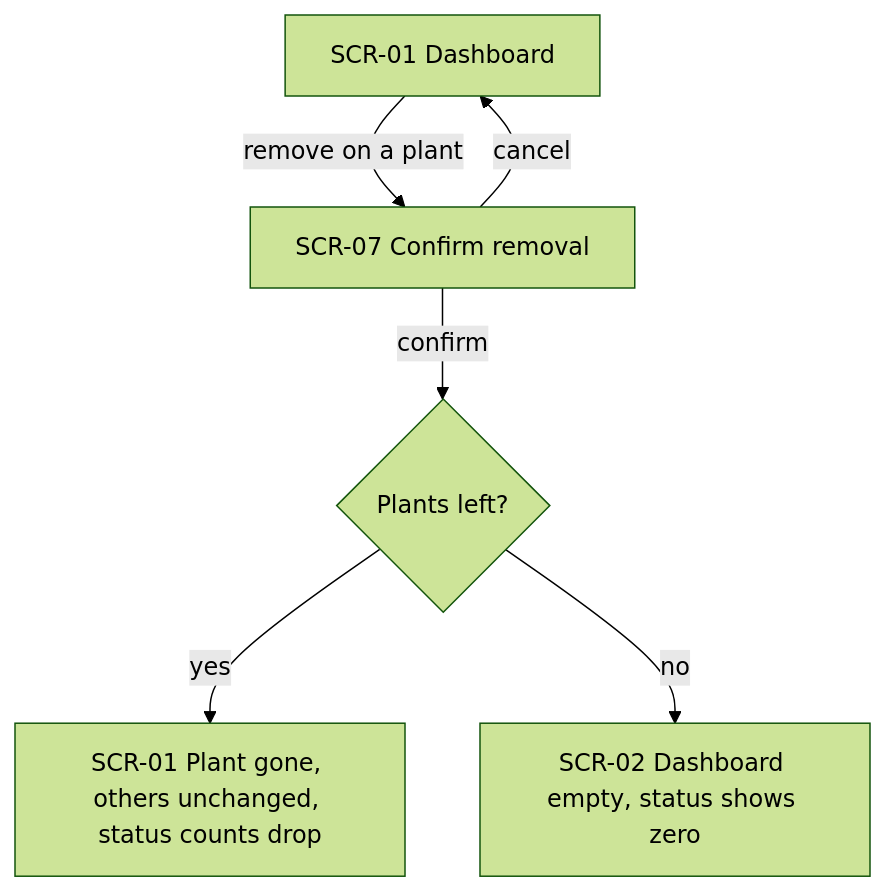
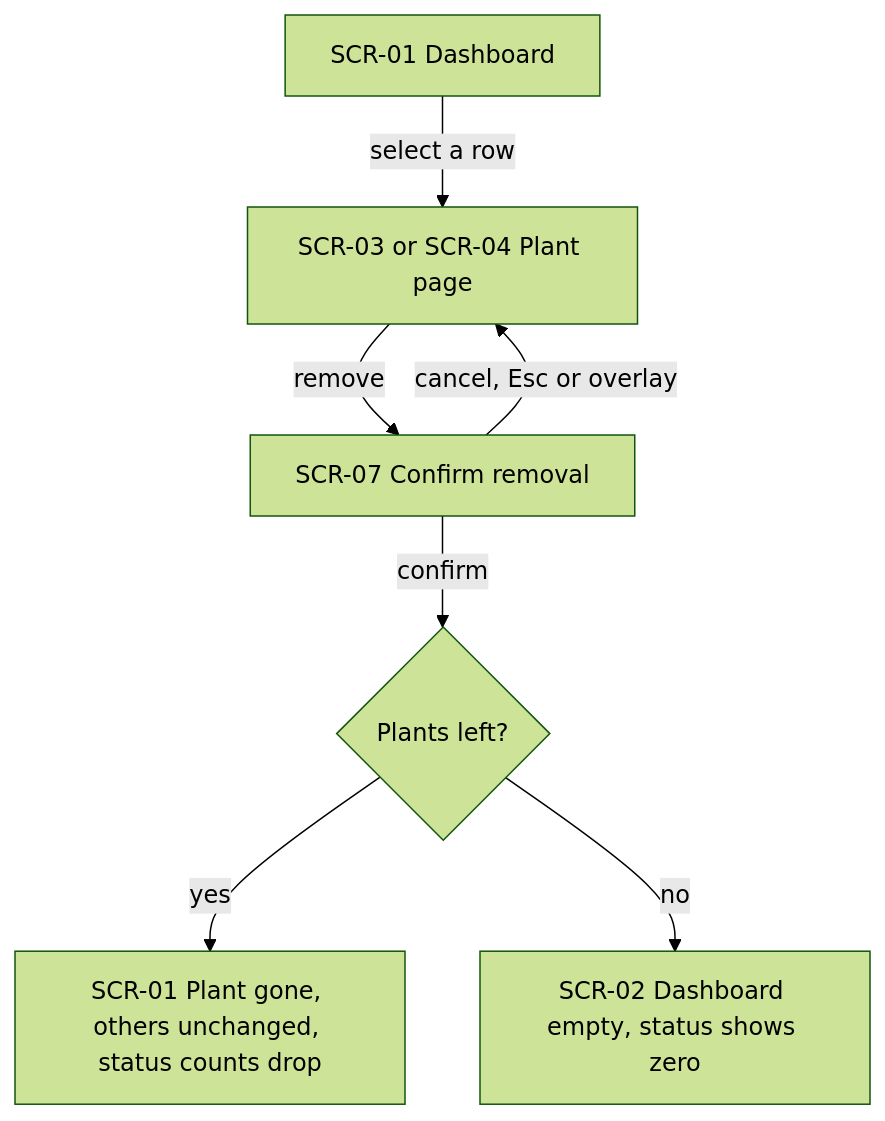
One commit to orkdrnke/Planted-AI changed the sixth of 6 diagrams in docs/features/ux-improve/ux-flows.md. Above: the diagram before and after it, drawn with Mermaid (forest theme). The commit also changed other lines of this file and 5 other files, not shown here.

First line of the commit message:
docs(ux-improve): record verification results and sync AGENTS.md, spec, ux-flows

````diff
--- a/docs/features/ux-improve/ux-flows.md
+++ b/docs/features/ux-improve/ux-flows.md
@@ -110,8 +110,9 @@
 ```mermaid
 flowchart TD
-    A[SCR-01 Dashboard] -->|remove on a plant| B[SCR-07 Confirm removal]
-    B -->|cancel| A
+    S[SCR-01 Dashboard] -->|select a row| A[SCR-03 or SCR-04 Plant page]
+    A -->|remove| B[SCR-07 Confirm removal]
+    B -->|cancel, Esc or overlay| A
     B -->|confirm| C{Plants left?}
     C -->|yes| D[SCR-01 Plant gone, others unchanged, status counts drop]
     C -->|no| E[SCR-02 Dashboard empty, status shows zero]
 ```
````
